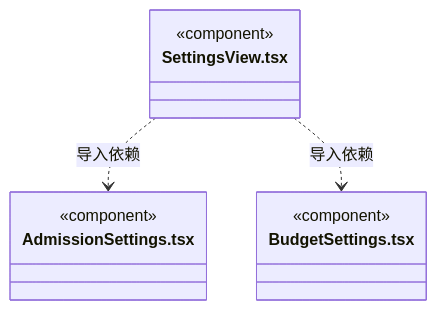
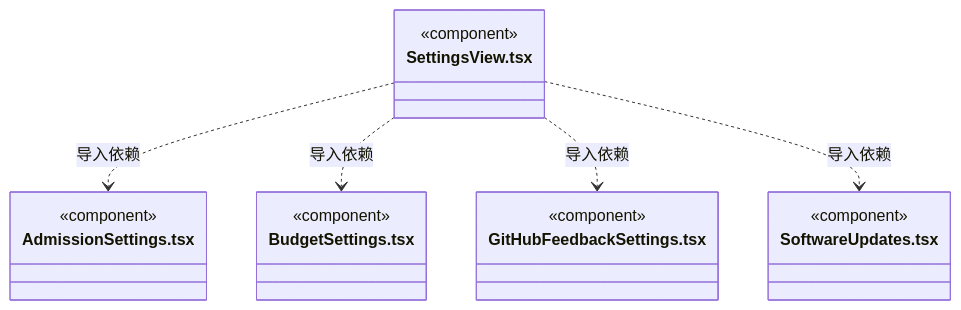
Diagram 13 of 14 in src/frontend/settings/ARCHITECTURE.md (nan023062/cbim), drawn with Mermaid before and after one commit. The commit also changed other lines of this file and 118 other files, not shown here.

First line of the commit message:
feat: package CBIM desktop with independent updates and GitHub feedback

````diff
--- a/src/frontend/settings/ARCHITECTURE.md
+++ b/src/frontend/settings/ARCHITECTURE.md
@@ -172,14 +209,22 @@
 ```mermaid
 classDiagram
 class N_src_frontend_settings_SettingsView_tsx["SettingsView.tsx"] {
   <<component>>
 }
 class N_src_frontend_settings_AdmissionSettings_tsx["AdmissionSettings.tsx"] {
   <<component>>
 }
 class N_src_frontend_settings_BudgetSettings_tsx["BudgetSettings.tsx"] {
   <<component>>
 }
+class N_src_frontend_settings_GitHubFeedbackSettings_tsx["GitHubFeedbackSettings.tsx"] {
+  <<component>>
+}
+class N_src_frontend_settings_SoftwareUpdates_tsx["SoftwareUpdates.tsx"] {
+  <<component>>
+}
 N_src_frontend_settings_SettingsView_tsx ..> N_src_frontend_settings_AdmissionSettings_tsx : 导入依赖
 N_src_frontend_settings_SettingsView_tsx ..> N_src_frontend_settings_BudgetSettings_tsx : 导入依赖
+N_src_frontend_settings_SettingsView_tsx ..> N_src_frontend_settings_GitHubFeedbackSettings_tsx : 导入依赖
+N_src_frontend_settings_SettingsView_tsx ..> N_src_frontend_settings_SoftwareUpdates_tsx : 导入依赖
 ```
````
